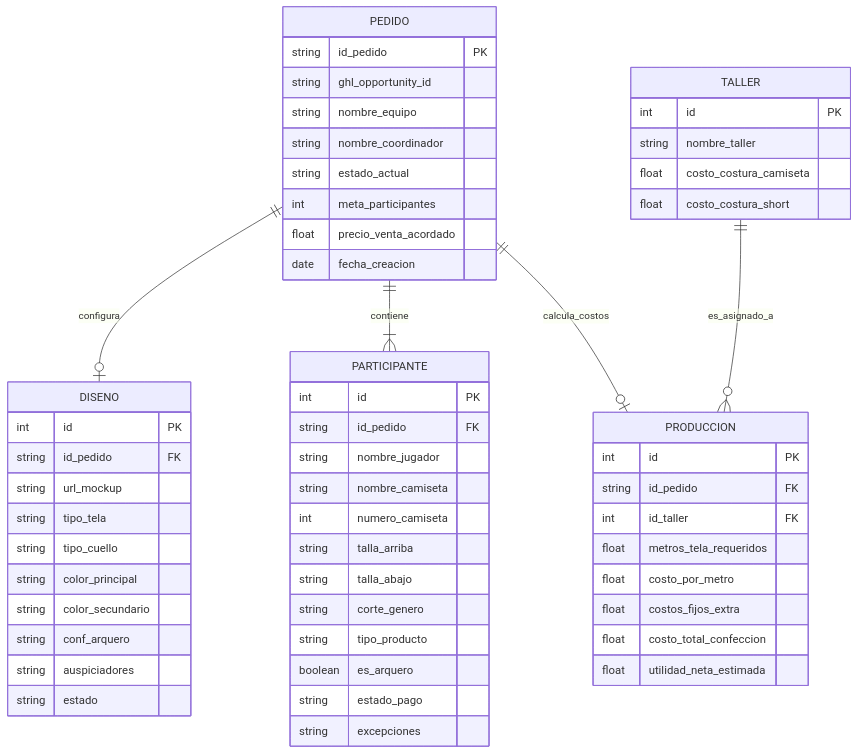
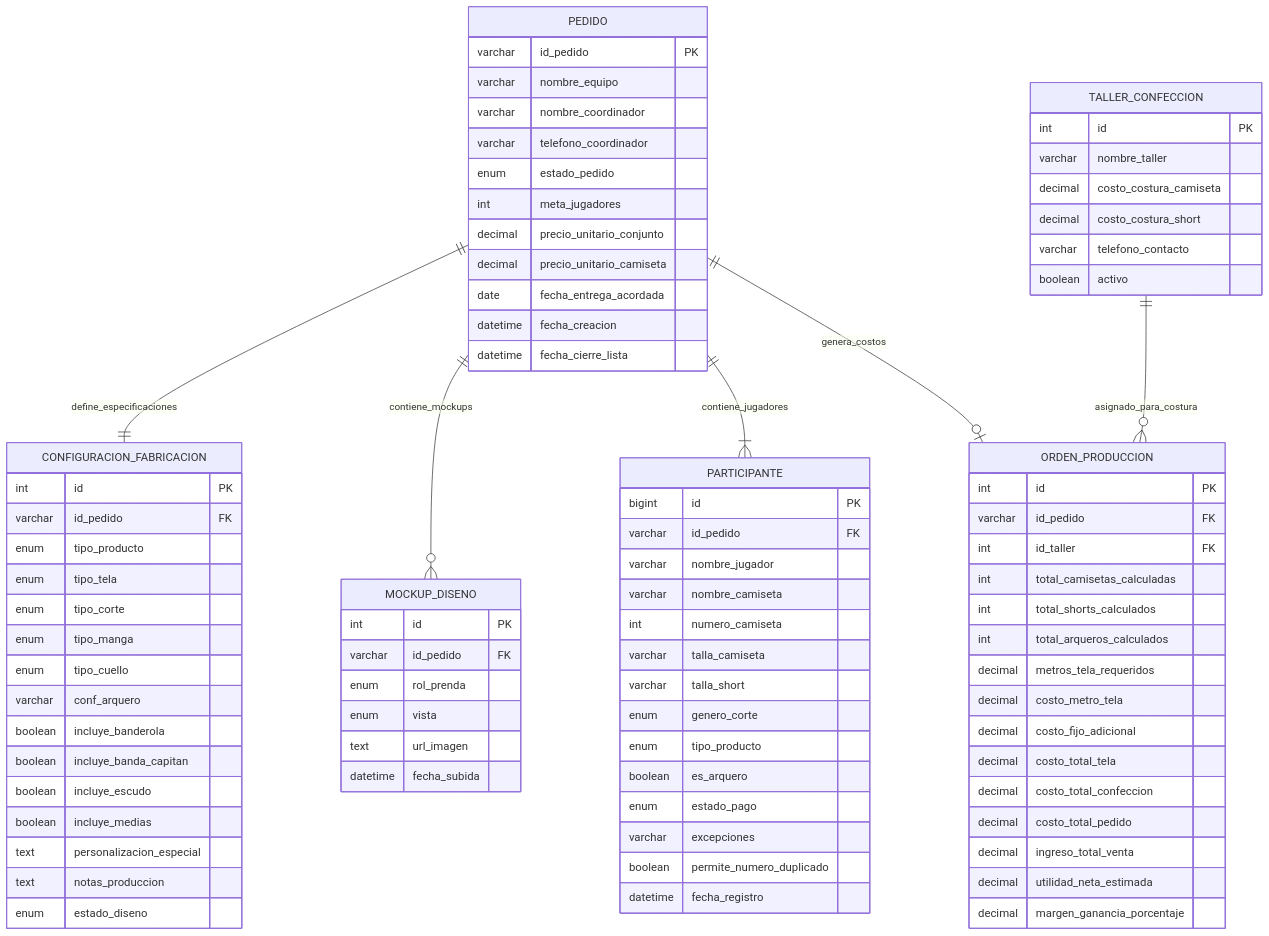
Before and after one commit to Alex-Cardenas76/Sublitexx: the diagram in diagrama_bd_pedidos.md, drawn with Mermaid. The commit also changed other lines of this file and 5 other files, not shown here.

Commit message:
feet: adaptacion del sistema para tipos de producto (Solo camisetas , Solo Conjunto , Mixto Ambos)

````diff
--- a/diagrama_bd_pedidos.md
+++ b/diagrama_bd_pedidos.md
@@ -5,64 +9,93 @@
 ```mermaid
 erDiagram
-    PEDIDO ||--o| DISENO : configura
-    PEDIDO ||--|{ PARTICIPANTE : contiene
-    PEDIDO ||--o| PRODUCCION : calcula_costos
-    TALLER ||--o{ PRODUCCION : es_asignado_a
+    PEDIDO ||--|| CONFIGURACION_FABRICACION : define_especificaciones
+    PEDIDO ||--o{ MOCKUP_DISENO : contiene_mockups
+    PEDIDO ||--|{ PARTICIPANTE : contiene_jugadores
+    PEDIDO ||--o| ORDEN_PRODUCCION : genera_costos
+    TALLER_CONFECCION ||--o{ ORDEN_PRODUCCION : asignado_para_costura
 
     PEDIDO {
-        string id_pedido PK
-        string ghl_opportunity_id
-        string nombre_equipo
-        string nombre_coordinador
-        string estado_actual
-        int meta_participantes
-        float precio_venta_acordado
-        date fecha_creacion
+        varchar id_pedido PK
+        varchar nombre_equipo
+        varchar nombre_coordinador
+        varchar telefono_coordinador
+        enum estado_pedido
+        int meta_jugadores
+        decimal precio_unitario_conjunto
+        decimal precio_unitario_camiseta
+        date fecha_entrega_acordada
+        datetime fecha_creacion
+        datetime fecha_cierre_lista
     }
 
-    DISENO {
+    CONFIGURACION_FABRICACION {
         int id PK
-        string id_pedido FK
-        string url_mockup
-        string tipo_tela
-        string tipo_cuello
-        string color_principal
-        string color_secundario
-        string conf_arquero
-        string auspiciadores
-        string estado
+        varchar id_pedido FK
+        enum tipo_producto
+        enum tipo_tela
+        enum tipo_corte
+        enum tipo_manga
+        enum tipo_cuello
+        varchar conf_arquero
+        boolean incluye_banderola
+        boolean incluye_banda_capitan
+        boolean incluye_escudo
+        boolean incluye_medias
+        text personalizacion_especial
+        text notas_produccion
+        enum estado_diseno
+    }
+
+    MOCKUP_DISENO {
+        int id PK
+        varchar id_pedido FK
+        enum rol_prenda
+        enum vista
+        text url_imagen
+        datetime fecha_subida
     }
 
     PARTICIPANTE {
-        int id PK
-        string id_pedido FK
-        string nombre_jugador
-        string nombre_camiseta
+        bigint id PK
+        varchar id_pedido FK
+        varchar nombre_jugador
+        varchar nombre_camiseta
         int numero_camiseta
-        string talla_arriba
-        string talla_abajo
-        string corte_genero
-        string tipo_producto
+        varchar talla_camiseta
+        varchar talla_short
+        enum genero_corte
+        enum tipo_producto
         boolean es_arquero
-        string estado_pago
-        string excepciones
+        enum estado_pago
+        varchar excepciones
+        boolean permite_numero_duplicado
+        datetime fecha_registro
     }
 
-    PRODUCCION {
+    ORDEN_PRODUCCION {
         int id PK
-        string id_pedido FK
+        varchar id_pedido FK
         int id_taller FK
-        float metros_tela_requeridos
-        float costo_por_metro
-        float costos_fijos_extra
-        float costo_total_confeccion
-        float utilidad_neta_estimada
+        int total_camisetas_calculadas
+        int total_shorts_calculados
+        int total_arqueros_calculados
+        decimal metros_tela_requeridos
+        decimal costo_metro_tela
+        decimal costo_fijo_adicional
+        decimal costo_total_tela
+        decimal costo_total_confeccion
+        decimal costo_total_pedido
+        decimal ingreso_total_venta
+        decimal utilidad_neta_estimada
+        decimal margen_ganancia_porcentaje
     }
 
-    TALLER {
+    TALLER_CONFECCION {
         int id PK
-        string nombre_taller
-        float costo_costura_camiseta
-        float costo_costura_short
+        varchar nombre_taller
+        decimal costo_costura_camiseta
+        decimal costo_costura_short
+        varchar telefono_contacto
+        boolean activo
     }
 ```
````
